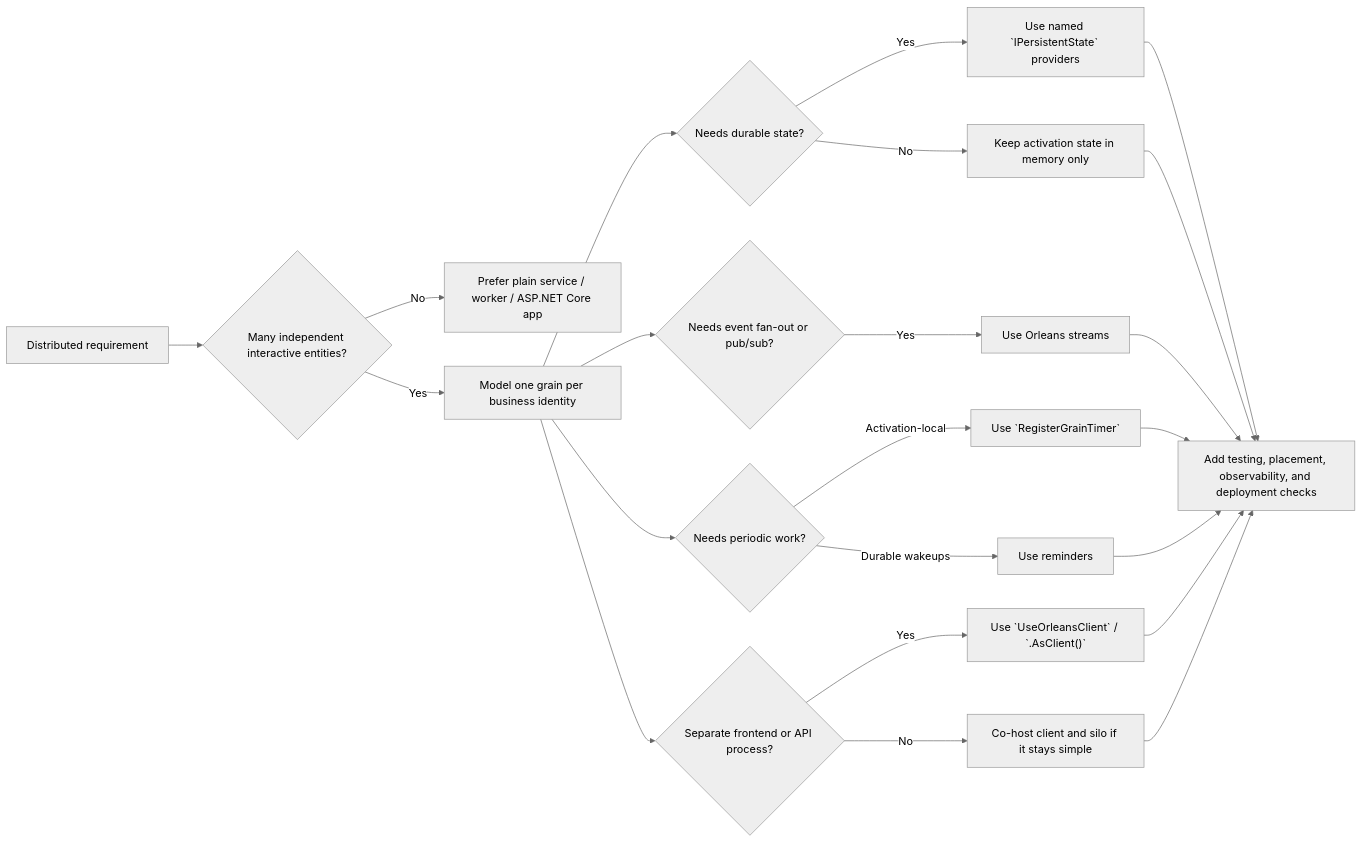
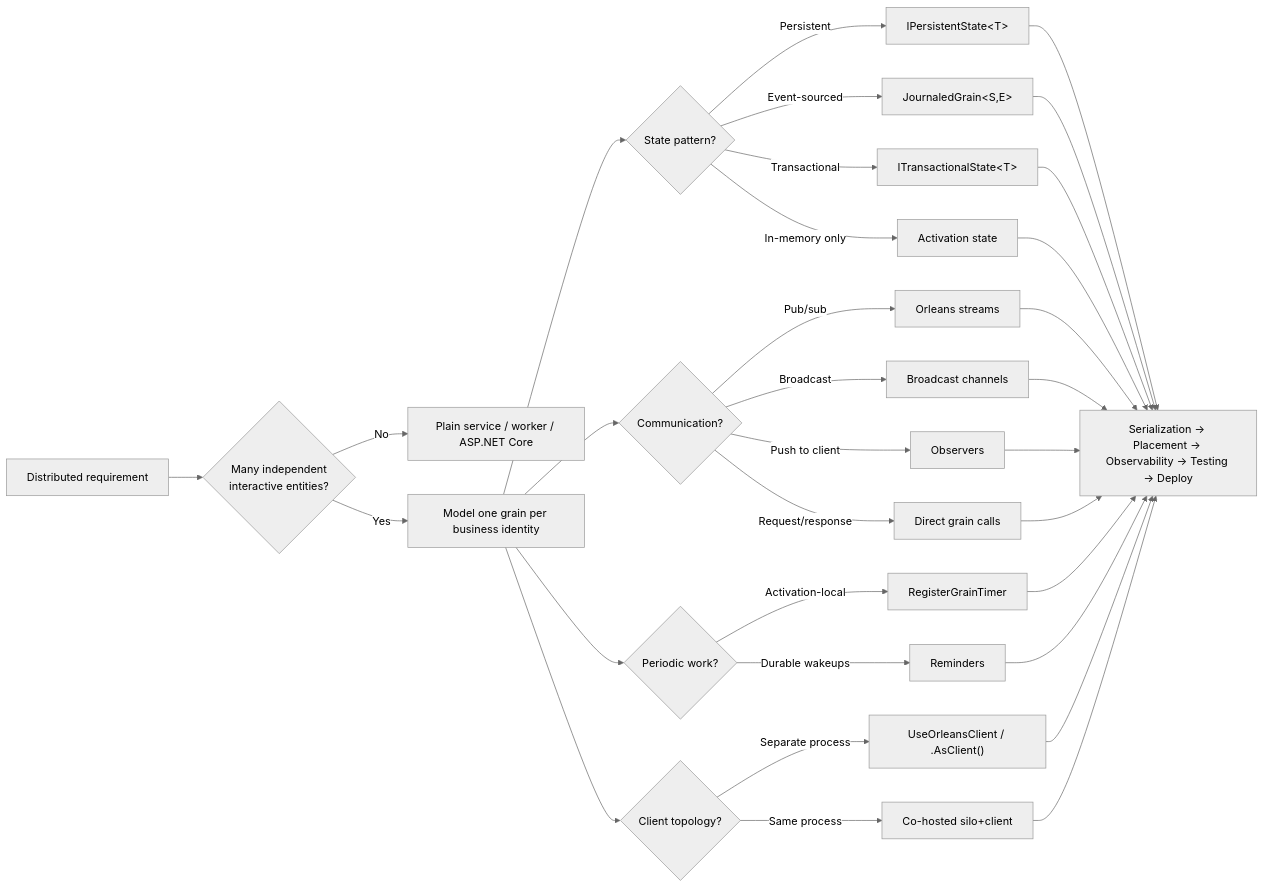
One commit to Kevdome3000/dotnet-skills changed the diagram in skills/dotnet-orleans/SKILL.md. Above: the diagram before and after it, drawn with Mermaid (neutral theme). The commit also changed other lines of this file and 7 other files, not shown here.

````diff
--- a/skills/dotnet-orleans/SKILL.md
+++ b/skills/dotnet-orleans/SKILL.md
@@ -38,24 +99,23 @@
 ```mermaid
 flowchart LR
-  A["Distributed requirement"] --> B{"Many independent interactive entities?"}
-  B -->|No| C["Prefer plain service / worker / ASP.NET Core app"]
+  A["Distributed requirement"] --> B{"Many independent<br/>interactive entities?"}
+  B -->|No| C["Plain service / worker / ASP.NET Core"]
   B -->|Yes| D["Model one grain per business identity"]
-  D --> E{"Needs durable state?"}
-  E -->|Yes| F["Use named `IPersistentState<TState>` providers"]
-  E -->|No| G["Keep activation state in memory only"]
-  D --> H{"Needs event fan-out or pub/sub?"}
-  H -->|Yes| I["Use Orleans streams"]
-  D --> J{"Needs periodic work?"}
-  J -->|Activation-local| K["Use `RegisterGrainTimer`"]
-  J -->|Durable wakeups| L["Use reminders"]
-  D --> M{"Separate frontend or API process?"}
-  M -->|Yes| N["Use `UseOrleansClient` / `.AsClient()`"]
-  M -->|No| O["Co-host client and silo if it stays simple"]
-  F --> P["Add testing, placement, observability, and deployment checks"]
-  G --> P
-  I --> P
-  K --> P
-  L --> P
-  N --> P
-  O --> P
+  D --> E{"State pattern?"}
+  E -->|"Persistent"| F["IPersistentState&lt;T&gt;"]
+  E -->|"Event-sourced"| F2["JournaledGrain&lt;S,E&gt;"]
+  E -->|"Transactional"| F3["ITransactionalState&lt;T&gt;"]
+  E -->|"In-memory only"| G["Activation state"]
+  D --> H{"Communication?"}
+  H -->|"Pub/sub"| I["Orleans streams"]
+  H -->|"Broadcast"| I2["Broadcast channels"]
+  H -->|"Push to client"| I3["Observers"]
+  H -->|"Request/response"| I4["Direct grain calls"]
+  D --> J{"Periodic work?"}
+  J -->|"Activation-local"| K["RegisterGrainTimer"]
+  J -->|"Durable wakeups"| L["Reminders"]
+  D --> M{"Client topology?"}
+  M -->|"Separate process"| N["UseOrleansClient / .AsClient()"]
+  M -->|"Same process"| O["Co-hosted silo+client"]
+  F & F2 & F3 & G & I & I2 & I3 & I4 & K & L & N & O --> P["Serialization → Placement → Observability → Testing → Deploy"]
 ```
````
